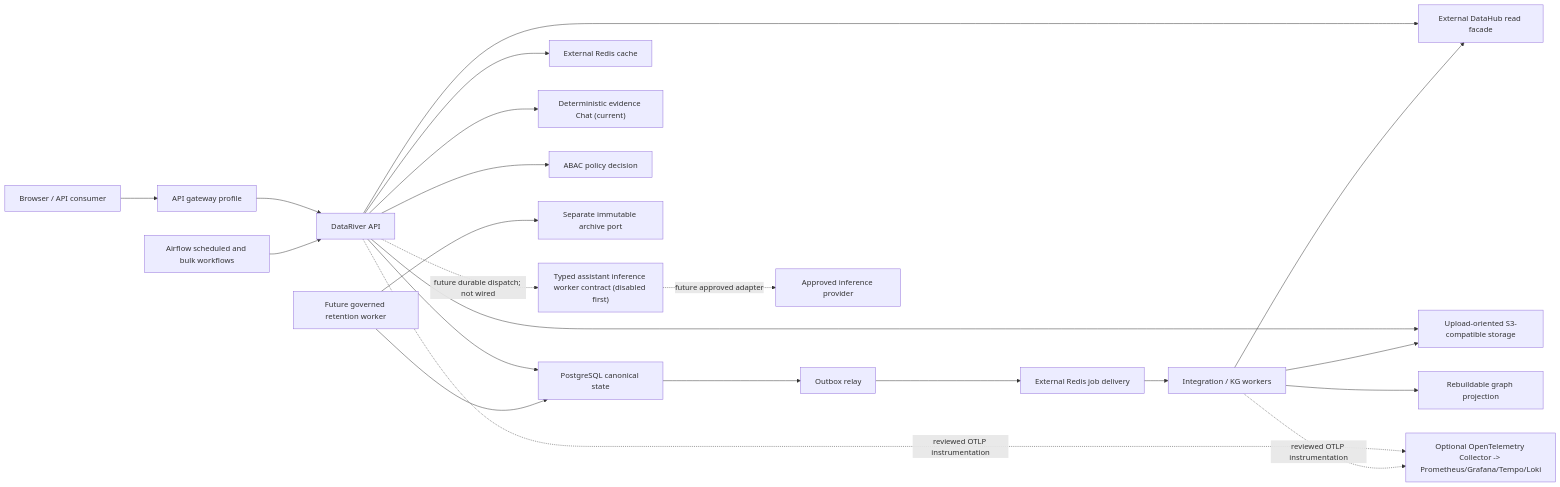
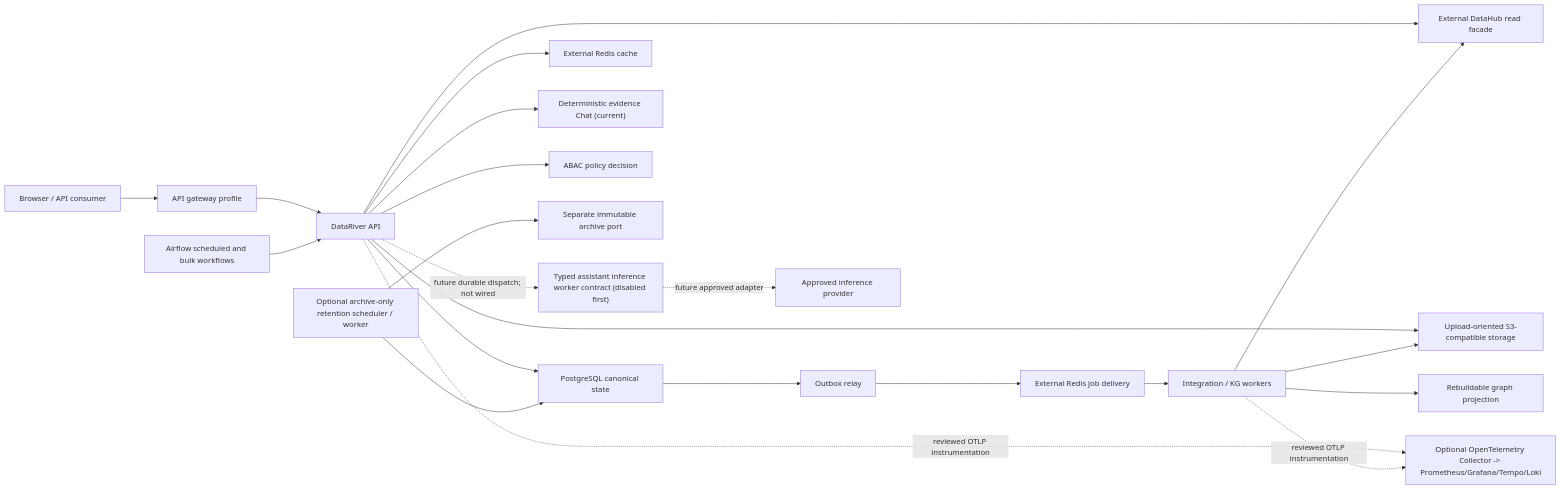
The first of 2 diagrams in docs/03_ARCHITECTURE.md (Ever-Real/datariver_poc_v0), drawn with Mermaid before and after one commit. The commit also changed other lines of this file and 65 other files, not shown here.

Commit message:
feat: add archive-only retention control plane

````diff
--- a/docs/03_ARCHITECTURE.md
+++ b/docs/03_ARCHITECTURE.md
@@ -20,24 +20,24 @@
 ```mermaid
 flowchart LR
     U["Browser / API consumer"] --> G["API gateway profile"]
     G --> A["DataRiver API"]
     A --> P["PostgreSQL canonical state"]
     A --> VC["External Redis cache"]
     A --> O["Upload-oriented S3-compatible storage"]
     A --> D["External DataHub read facade"]
     A --> C["Deterministic evidence Chat (current)"]
     A --> Z["ABAC policy decision"]
     P --> R["Outbox relay"]
     R --> VQ["External Redis job delivery"]
     VQ --> W["Integration / KG workers"]
     W --> D
     W --> O
     W --> GP["Rebuildable graph projection"]
-    RW["Future governed retention worker"] --> P
+    RW["Optional archive-only retention scheduler / worker"] --> P
     RW --> IA["Separate immutable archive port"]
     AF["Airflow scheduled and bulk workflows"] --> A
     A -. "future durable dispatch; not wired" .-> IW["Typed assistant inference worker contract (disabled first)"]
     IW -. "future approved adapter" .-> L["Approved inference provider"]
     A -. "reviewed OTLP instrumentation" .-> OT["Optional OpenTelemetry Collector -> Prometheus/Grafana/Tempo/Loki"]
     W -. "reviewed OTLP instrumentation" .-> OT
 ```
````
